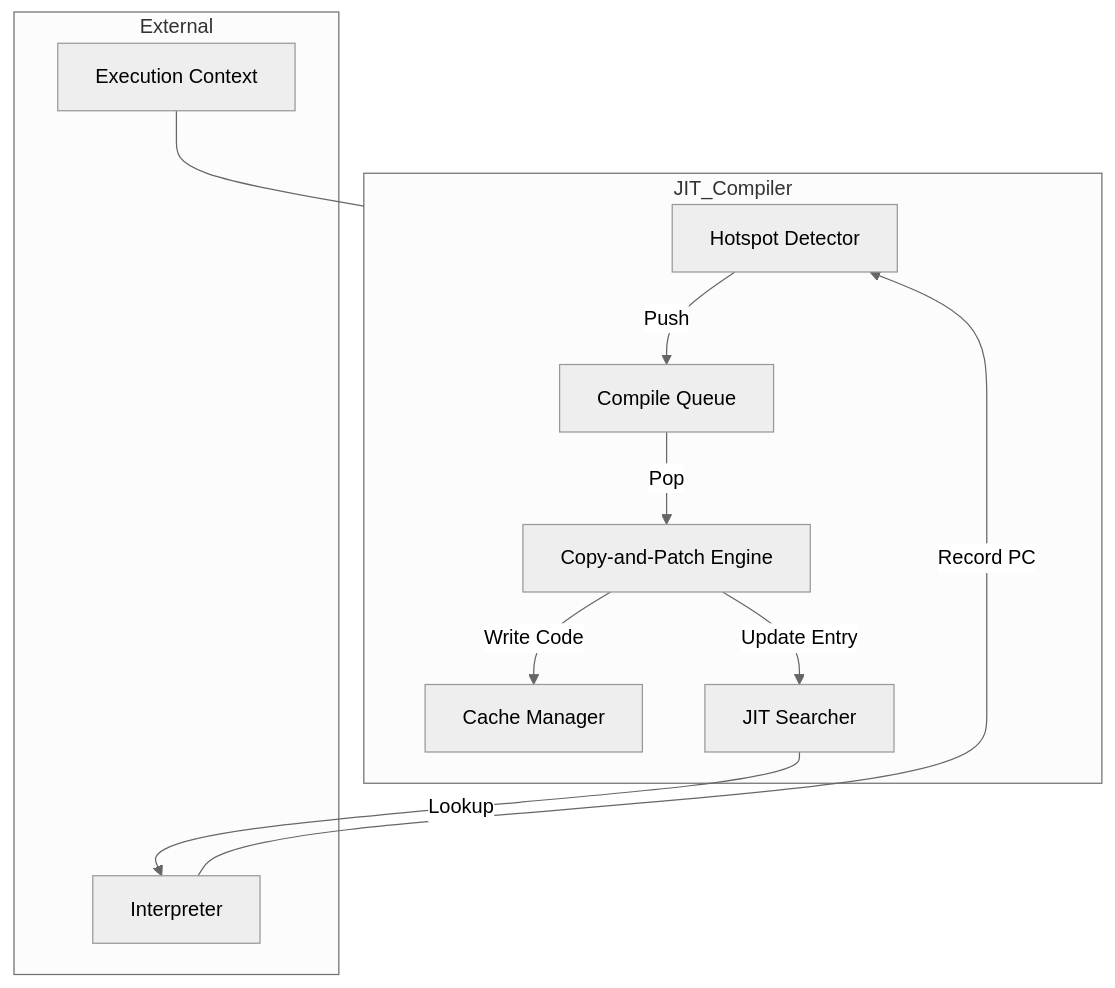
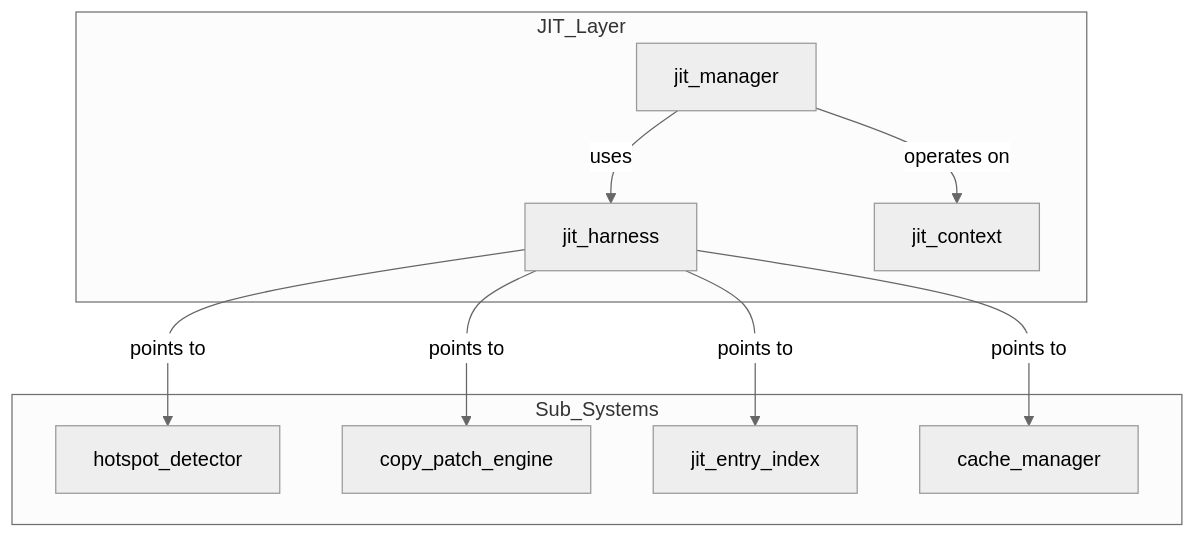
The first of 3 diagrams in docs/orders/components/jit_compiler.md (kmt-t/fireball), drawn with Mermaid (neutral theme) before and after one commit. The commit also changed other lines of this file and 22 other files, not shown here.

````diff
--- a/docs/orders/components/jit_compiler.md
+++ b/docs/orders/components/jit_compiler.md
@@ -18,23 +21,22 @@
 ```mermaid
 graph TD
-    subgraph JIT_Compiler
-        Detector[Hotspot Detector]
-        Queue[Compile Queue]
-        Engine[Copy-and-Patch Engine]
-        Cache[Cache Manager]
-        Searcher[JIT Searcher]
+    subgraph JIT_Layer
+        Harness[jit_harness]
+        Manager[jit_manager]
+        Context[jit_context]
     end
 
-    subgraph External
-        Interp[Interpreter]
-        Context[Execution Context]
+    subgraph Sub_Systems
+        Detector[hotspot_detector]
+        Engine[copy_patch_engine]
+        Index[jit_entry_index]
+        Cache[cache_manager]
     end
 
-    Interp -->|Record PC| Detector
-    Detector -->|Push| Queue
-    Queue -->|Pop| Engine
-    Engine -->|Write Code| Cache
-    Engine -->|Update Entry| Searcher
-    Searcher -->|Lookup| Interp
-    Context --- JIT_Compiler
+    Manager -- uses --> Harness
+    Harness -- points to --> Detector
+    Harness -- points to --> Engine
+    Harness -- points to --> Index
+    Harness -- points to --> Cache
+    Manager -- operates on --> Context
 ```
````
